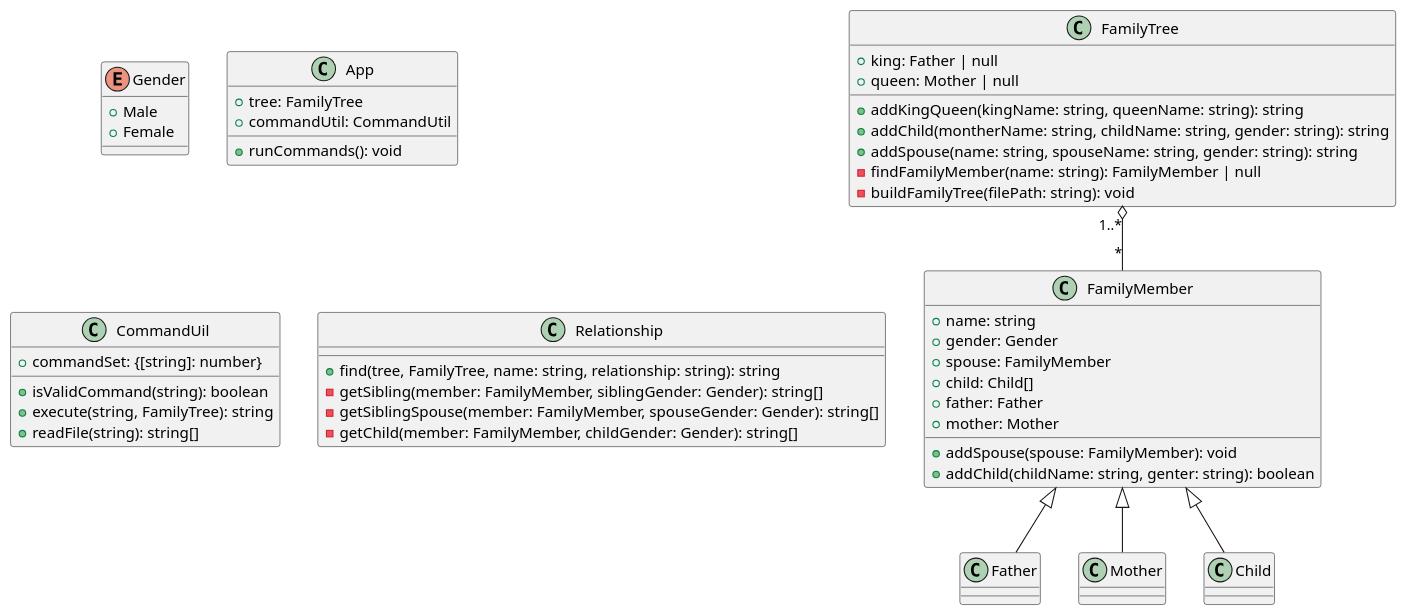
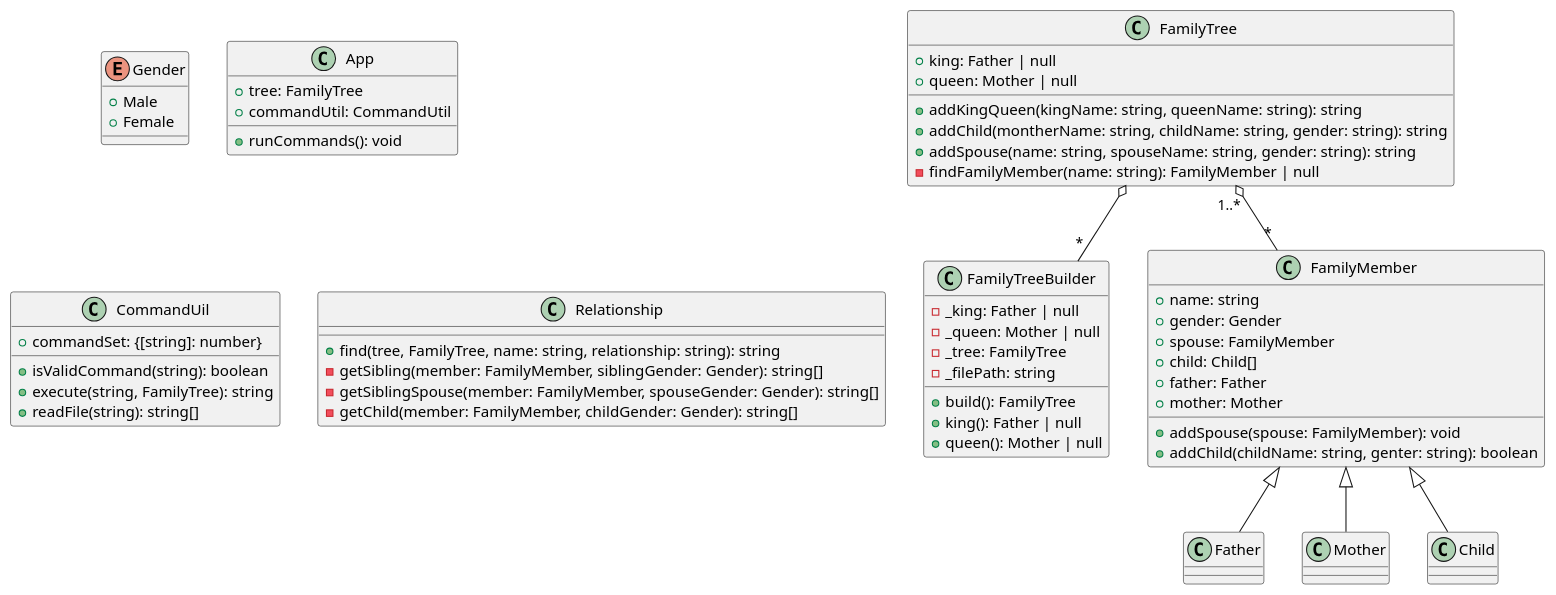
The diagram in uml/class-diagram.puml (evaou/family-tree), drawn with PlantUML before and after one commit. The commit also changed 1 other file, not shown here.

Commit message:
add FamilyTreeBuilder class

```diff
--- a/uml/class-diagram.puml
+++ b/uml/class-diagram.puml
@@ -1,64 +1,74 @@
 @startuml class diagram
 
 enum Gender {
     +Male
     +Female
 }
 
 class App {
     +tree: FamilyTree
     +commandUtil: CommandUtil
     +runCommands(): void
 }
 
 class CommandUil {
     +commandSet: {[string]: number}
     +isValidCommand(string): boolean
     +execute(string, FamilyTree): string
     +readFile(string): string[]
 }
 
 class Relationship {
     +find(tree, FamilyTree, name: string, relationship: string): string
     -getSibling(member: FamilyMember, siblingGender: Gender): string[]
     -getSiblingSpouse(member: FamilyMember, spouseGender: Gender): string[]
     -getChild(member: FamilyMember, childGender: Gender): string[]
 }
 
+class FamilyTreeBuilder {
+    -_king: Father | null
+    -_queen: Mother | null
+    -_tree: FamilyTree
+    -_filePath: string
+    +build(): FamilyTree
+    +king(): Father | null 
+    +queen(): Mother | null
+}
+
 class FamilyTree {
     +king: Father | null
     +queen: Mother | null
     +addKingQueen(kingName: string, queenName: string): string 
     +addChild(montherName: string, childName: string, gender: string): string
     +addSpouse(name: string, spouseName: string, gender: string): string
     -findFamilyMember(name: string): FamilyMember | null
-    -buildFamilyTree(filePath: string): void 
 }
 
 class FamilyMember {
     +name: string
     +gender: Gender
     +spouse: FamilyMember
     +child: Child[]
     +father: Father
     +mother: Mother
     +addSpouse(spouse: FamilyMember): void
     +addChild(childName: string, genter: string): boolean
 }
 
 class Father {
 }
 
 class Mother {
 }
 
 class Child {
 }
 
 FamilyTree "1..*" o-- "*" FamilyMember
+FamilyTree o-- "*" FamilyTreeBuilder
 
 FamilyMember <|-- Father
 FamilyMember <|--  Mother
 FamilyMember <|--  Child
 
 @enduml
```
